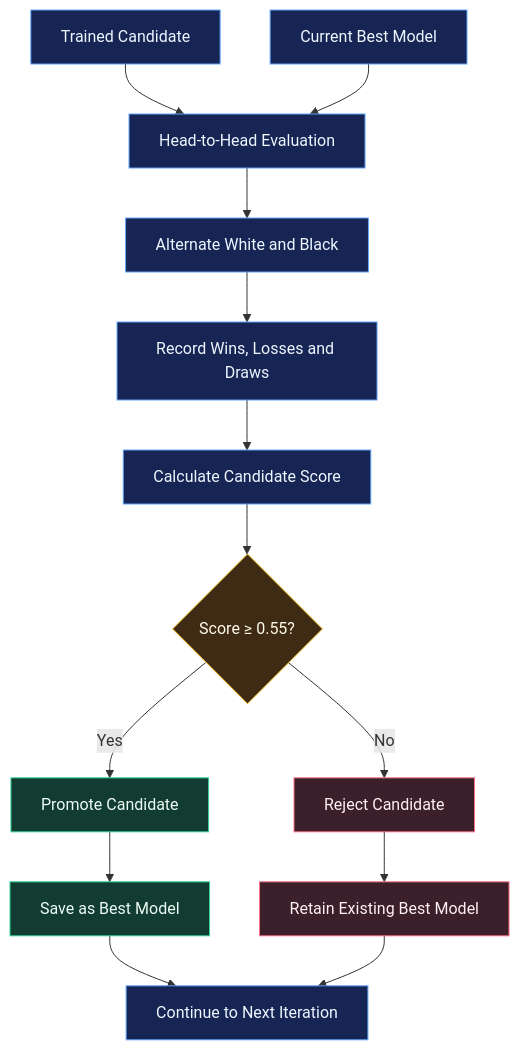
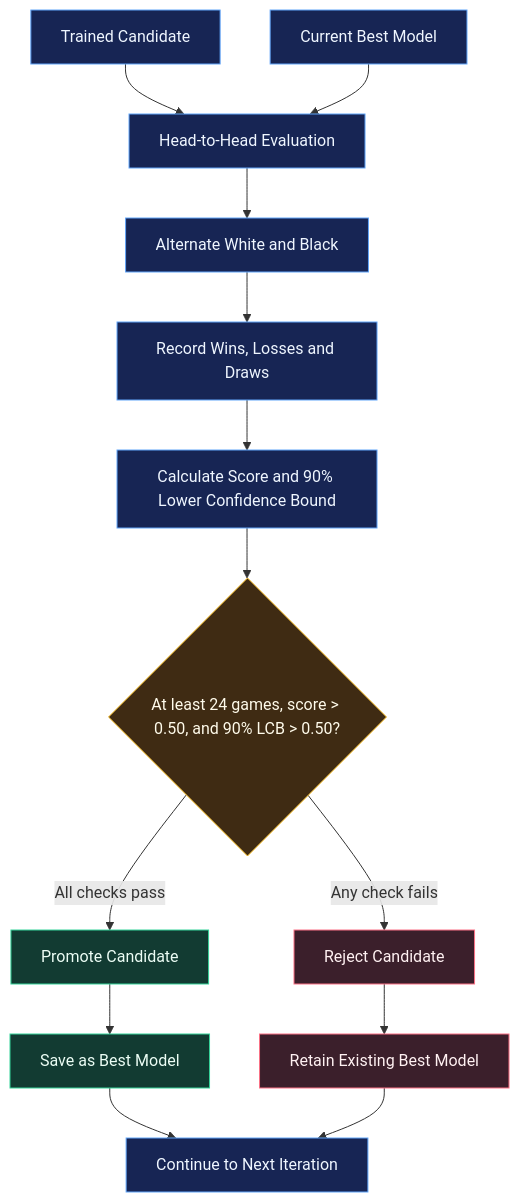
Before and after one commit to Nomusa990822/AlphaZero-Style-Chess-AI-Self-Play-Reinforcement-Learning-with-MCTS-and-Policy-Value-Networks: the ninth of 10 diagrams in README.md, drawn with Mermaid. The commit also changed other lines of this file and 9 other files, not shown here.

````diff
--- a/README.md
+++ b/README.md
@@ -663,30 +663,30 @@
 ```mermaid
 flowchart TB
     A["Trained Candidate"]
     B["Current Best Model"]
     C["Head-to-Head Evaluation"]
     D["Alternate White and Black"]
     E["Record Wins, Losses and Draws"]
-    F["Calculate Candidate Score"]
-    G{"Score ≥ 0.55?"}
+    F["Calculate Score and 90% Lower Confidence Bound"]
+    G{"At least 24 games, score > 0.50, and 90% LCB > 0.50?"}
     H["Promote Candidate"]
     I["Save as Best Model"]
     J["Reject Candidate"]
     K["Retain Existing Best Model"]
     L["Continue to Next Iteration"]
 
     A --> C
     B --> C
     C --> D --> E --> F --> G
-    G -->|Yes| H --> I --> L
-    G -->|No| J --> K --> L
+    G -->|All checks pass| H --> I --> L
+    G -->|Any check fails| J --> K --> L
 
     classDef evaluation fill:#172554,stroke:#60a5fa,color:#eff6ff
     classDef decision   fill:#3f2b13,stroke:#fbbf24,color:#fffbeb
     classDef accept     fill:#123b32,stroke:#34d399,color:#ecfdf5
     classDef reject     fill:#3b1f2b,stroke:#fb7185,color:#fff1f2
     class A,B,C,D,E,F,L evaluation
     class G decision
     class H,I accept
     class J,K reject
 ```
````
